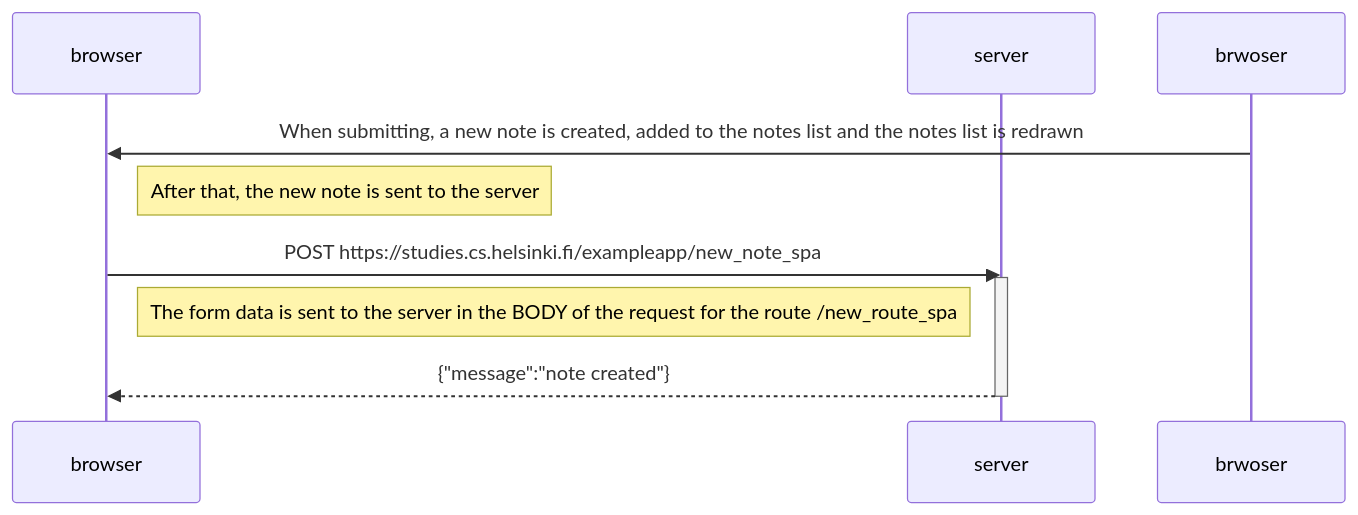
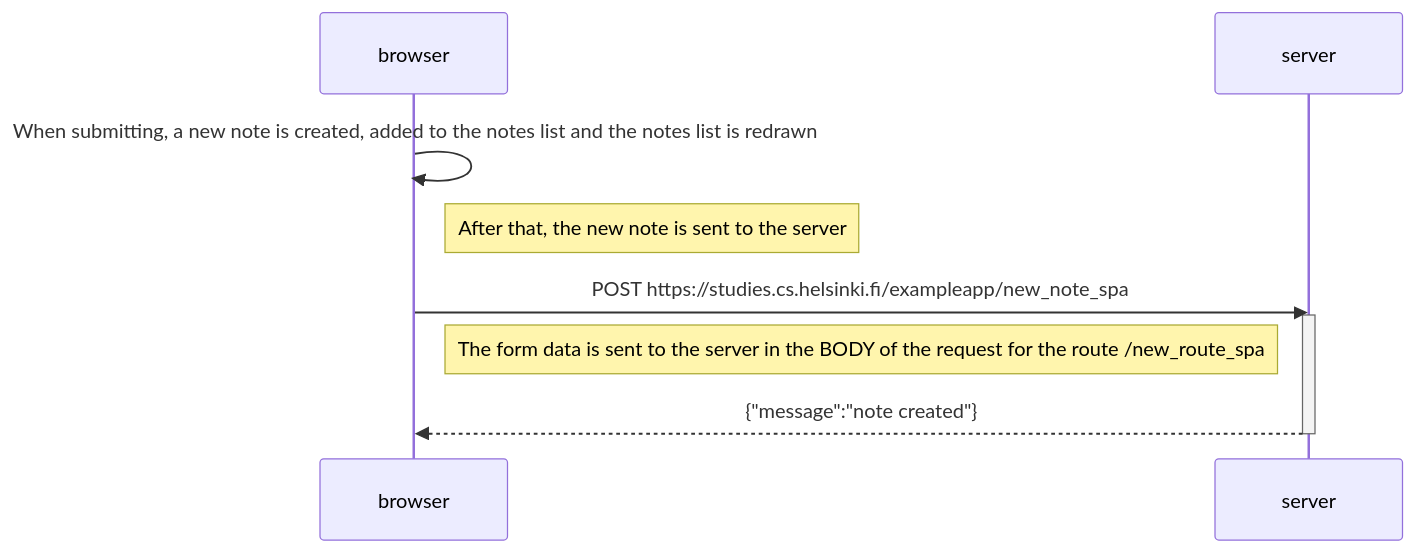
One commit to VitorVA6/fullstackopen changed the third of 3 diagrams in part0/readme.md. Above: the diagram before and after it, drawn with Mermaid.

Commit message:
feat: create the diagram from exercise 0.6

````diff
--- a/part0/readme.md
+++ b/part0/readme.md
@@ -75,17 +75,17 @@
 ```mermaid
 sequenceDiagram
     participant browser
     participant server
 
-    brwoser->>browser: When submitting, a new note is created, added to the notes list and the notes list is redrawn
+    browser->>browser: When submitting, a new note is created, added to the notes list and the notes list is redrawn
 
     Note right of browser: After that, the new note is sent to the server
 
     browser->>server: POST https://studies.cs.helsinki.fi/exampleapp/new_note_spa
     activate server
 
     Note right of browser: The form data is sent to the server in the BODY of the request for the route /new_route_spa
 
     server-->>browser: {"message":"note created"}
     deactivate server
 ```
````
